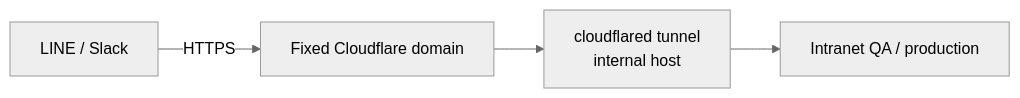
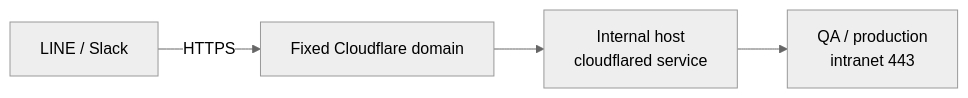
The diagram in src/content/projects-en/robot-push-notifications.md (leemengju/leemengju.github.io), drawn with Mermaid (neutral theme) before and after one commit. The commit also changed other lines of this file and 15 other files, not shown here.

````diff
--- a/src/content/projects-en/robot-push-notifications.md
+++ b/src/content/projects-en/robot-push-notifications.md
@@ -44,6 +47,6 @@
 ```mermaid
 flowchart LR
     A[LINE / Slack] -->|HTTPS| B[Fixed Cloudflare domain]
-    B --> C[cloudflared tunnel<br/>internal host]
-    C --> D[Intranet QA / production]
+    B --> C[Internal host<br/>cloudflared service]
+    C --> D[QA / production<br/>intranet 443]
 ```
````
